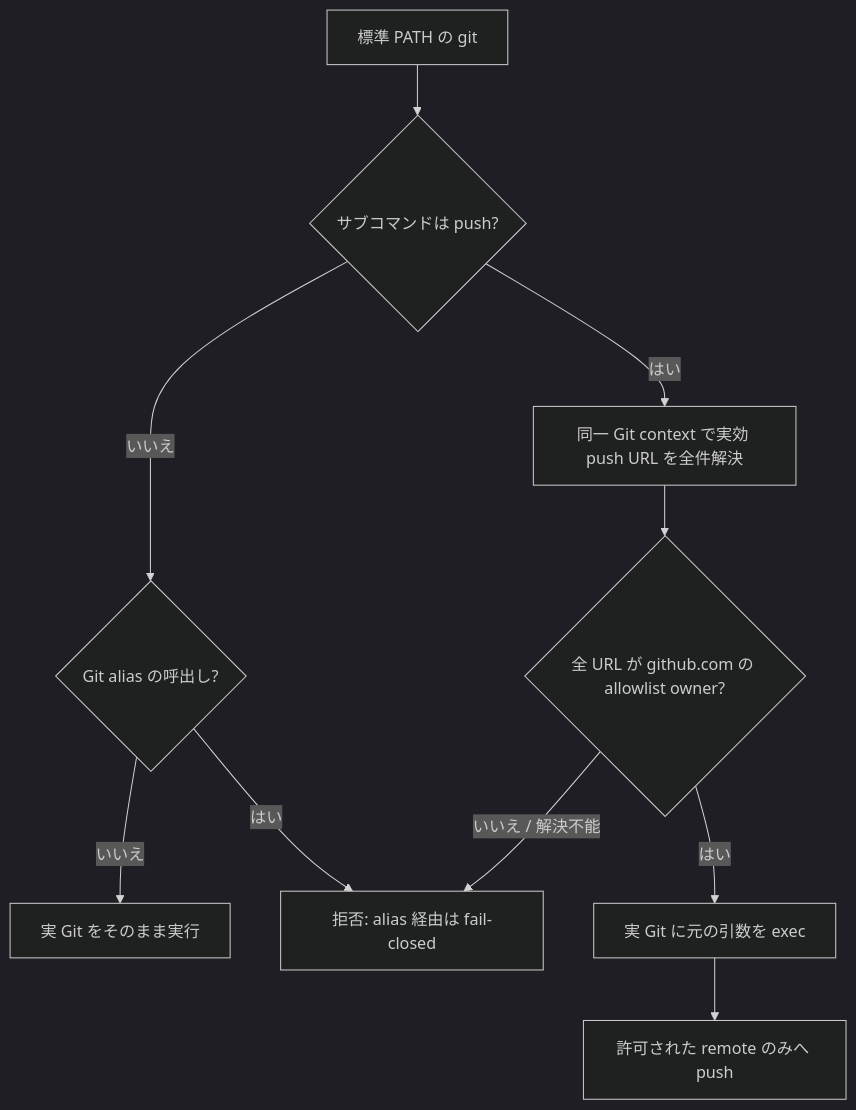
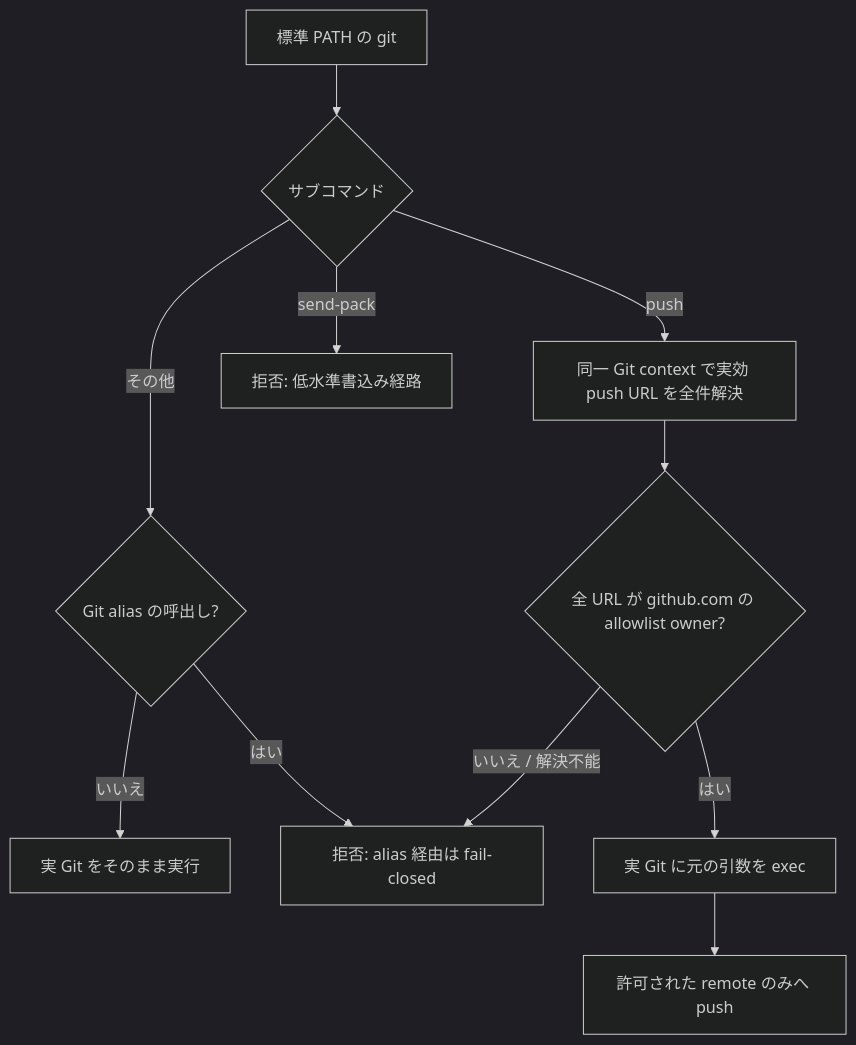
Before and after one commit to kappaseijin/agmsg: the diagram in docs/decisions/2026-08-11T121328_git-push-owner-guard.md, drawn with Mermaid (dark theme). The commit also changed other lines of this file, not shown here.

Commit message:
docs: harden git push guard design

````diff
--- a/docs/decisions/2026-08-11T121328_git-push-owner-guard.md
+++ b/docs/decisions/2026-08-11T121328_git-push-owner-guard.md
@@ -53,12 +53,13 @@
 ```mermaid
 flowchart TD
-    A[標準 PATH の git] --> B{サブコマンドは push?}
-    B -- いいえ --> C{Git alias の呼出し?}
+    A[標準 PATH の git] --> B{サブコマンド}
+    B -- push --> E[同一 Git context で実効 push URL を全件解決]
+    B -- send-pack --> S[拒否: 低水準書込み経路]
+    B -- その他 --> C{Git alias の呼出し?}
     C -- いいえ --> D[実 Git をそのまま実行]
     C -- はい --> X[拒否: alias 経由は fail-closed]
-    B -- はい --> E[同一 Git context で実効 push URL を全件解決]
     E --> F{全 URL が github.com の allowlist owner?}
     F -- はい --> G[実 Git に元の引数を exec]
     F -- いいえ / 解決不能 --> X
     G --> H[許可された remote のみへ push]
 ```
````
